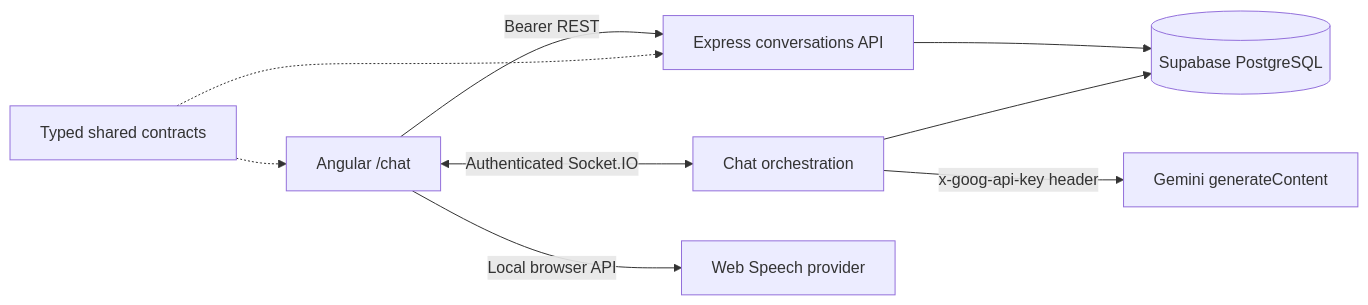
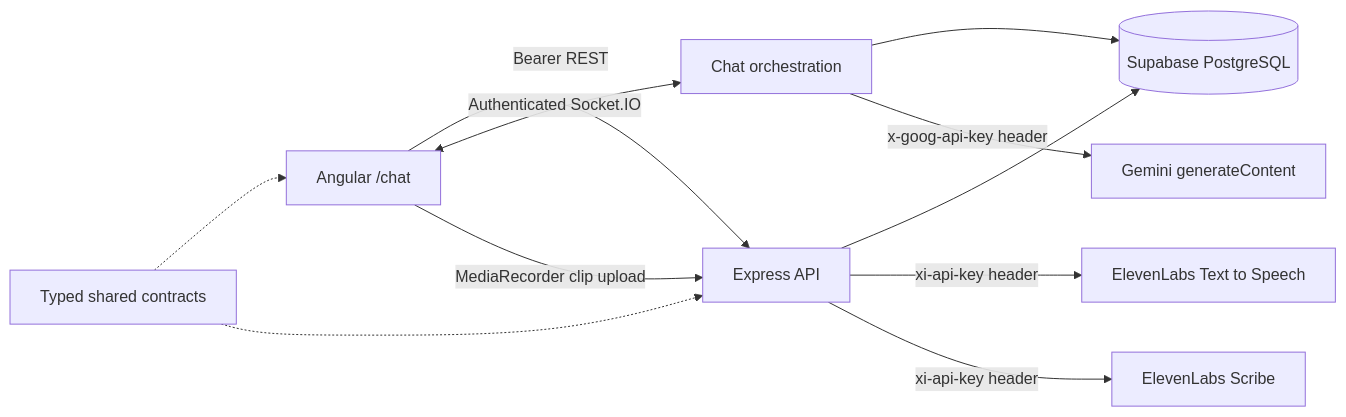
Before and after one commit to Riki-Avi/Partner: the diagram in README.md, drawn with Mermaid. The commit also changed other lines of this file and 99 other files, not shown here.

````diff
--- a/README.md
+++ b/README.md
@@ -31,11 +54,13 @@
 ```mermaid
 graph LR
-  Browser[Angular /chat] -->|Bearer REST| API[Express conversations API]
+  Browser[Angular /chat] -->|Bearer REST| API[Express API]
   Browser <-->|Authenticated Socket.IO| Socket[Chat orchestration]
-  Browser -->|Local browser API| Speech[Web Speech provider]
+  Browser -->|MediaRecorder clip upload| API
   API --> DB[(Supabase PostgreSQL)]
+  API -->|xi-api-key header| TTS[ElevenLabs Text to Speech]
+  API -->|xi-api-key header| STT[ElevenLabs Scribe]
   Socket --> DB
   Socket -->|x-goog-api-key header| Gemini[Gemini generateContent]
   Shared[Typed shared contracts] -.-> Browser
   Shared -.-> API
 ```
````
